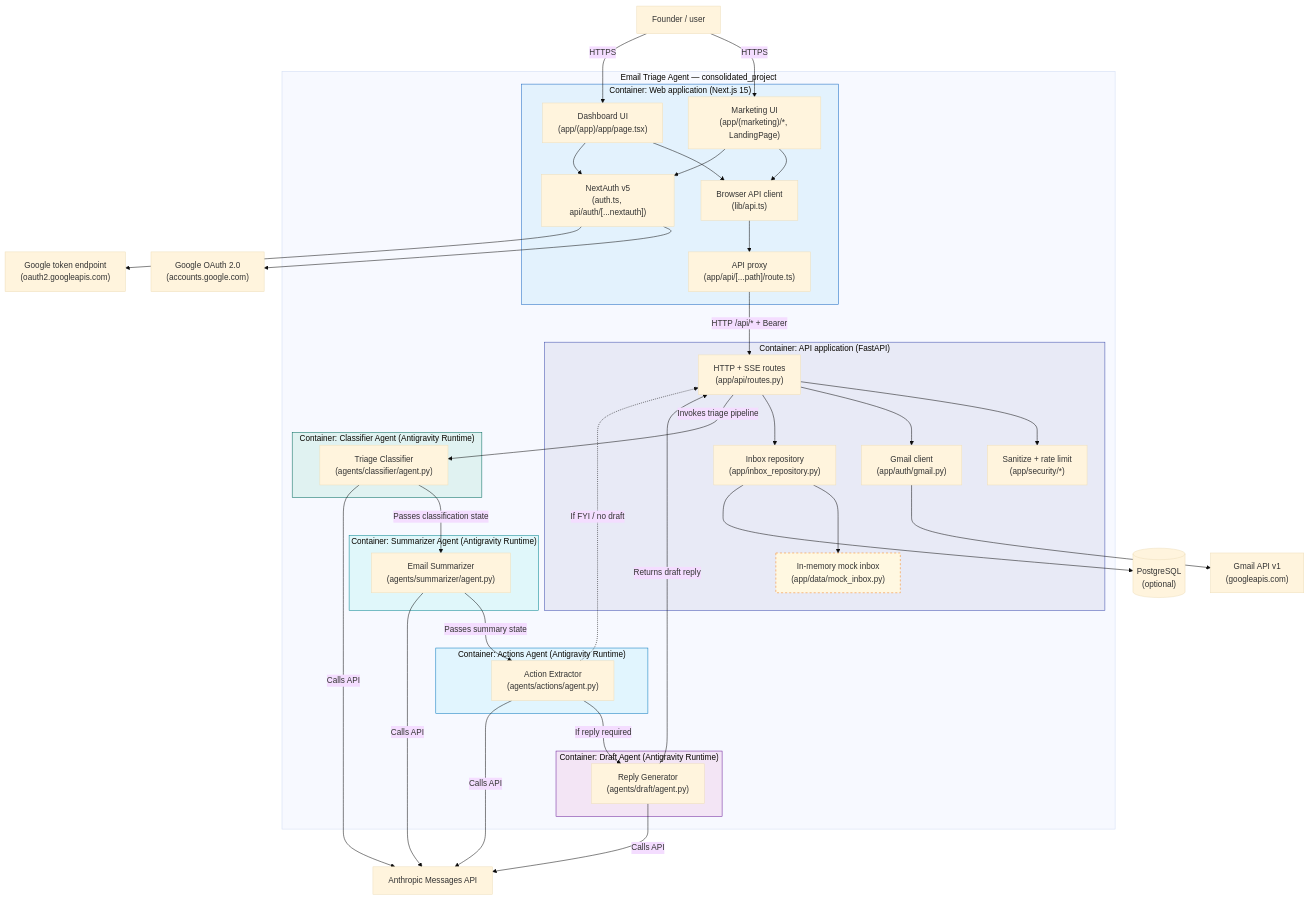
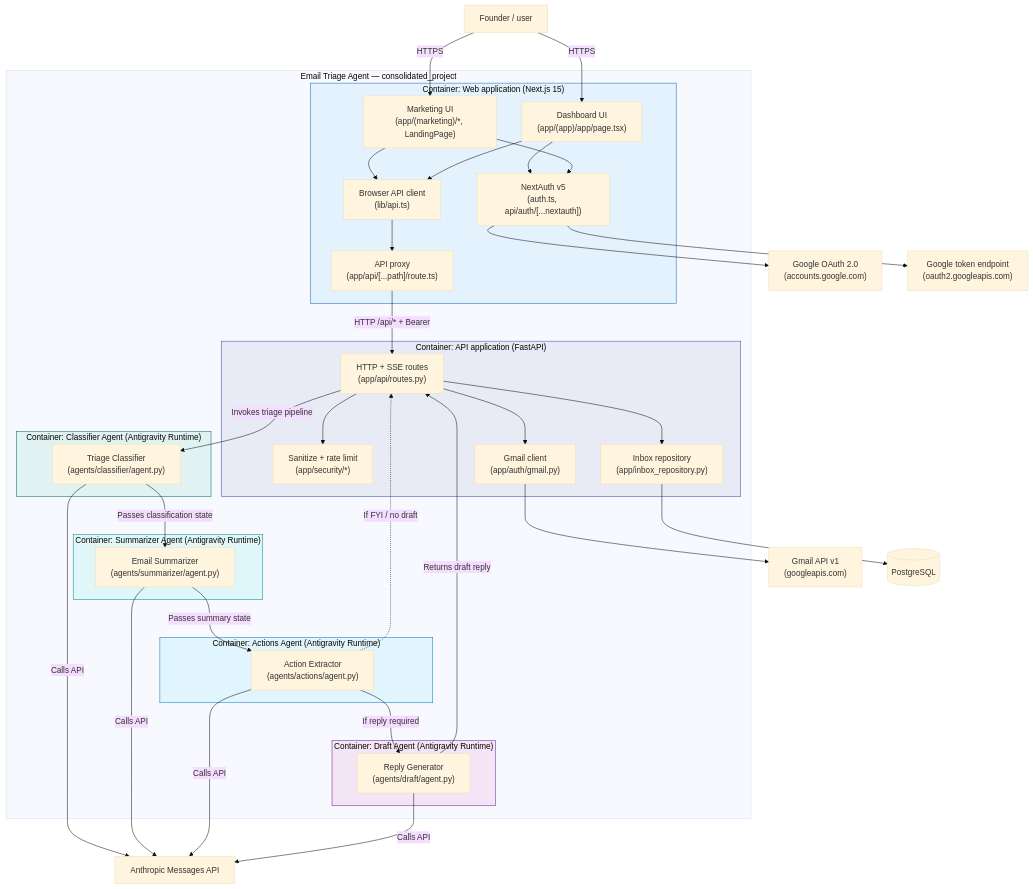
Before and after one commit to CSEN-SCU/csen-174-s26-team-project-email-triage-agent: the second of 2 diagrams in docs/architecture-retrospective.md, drawn with Mermaid (base theme).

Commit message:
fix architecture diagram

````diff
--- a/docs/architecture-retrospective.md
+++ b/docs/architecture-retrospective.md
@@ -55,81 +55,78 @@
 ```mermaid
 flowchart TB
   founder["Founder / user"]
 
   subgraph boundary["Email Triage Agent — consolidated_project"]
     subgraph web["Container: Web application (Next.js 15)"]
       marketing["Marketing UI\n(app/(marketing)/*, LandingPage)"]
       dashboard["Dashboard UI\n(app/(app)/app/page.tsx)"]
       nextauth["NextAuth v5\n(auth.ts, api/auth/[...nextauth])"]
       proxy["API proxy\n(app/api/[...path]/route.ts)"]
       apiclient["Browser API client\n(lib/api.ts)"]
       marketing --> apiclient
       dashboard --> apiclient
       dashboard --> nextauth
       marketing --> nextauth
       apiclient --> proxy
     end
 
     subgraph api["Container: API application (FastAPI)"]
       routes["HTTP + SSE routes\n(app/api/routes.py)"]
       security["Sanitize + rate limit\n(app/security/*)"]
       gmailmod["Gmail client\n(app/auth/gmail.py)"]
       inbox["Inbox repository\n(app/inbox_repository.py)"]
-      mock["In-memory mock inbox\n(app/data/mock_inbox.py)"]
       routes --> security
       routes --> gmailmod
       routes --> inbox
-      inbox --> mock
     end
 
     subgraph agent_classifier["Container: Classifier Agent (Antigravity Runtime)"]
       classifier["Triage Classifier\n(agents/classifier/agent.py)"]
     end
 
     subgraph agent_summarizer["Container: Summarizer Agent (Antigravity Runtime)"]
       summarizer["Email Summarizer\n(agents/summarizer/agent.py)"]
     end
 
     subgraph agent_actions["Container: Actions Agent (Antigravity Runtime)"]
       actions["Action Extractor\n(agents/actions/agent.py)"]
     end
 
     subgraph agent_draft["Container: Draft Agent (Antigravity Runtime)"]
       draft["Reply Generator\n(agents/draft/agent.py)"]
     end
   end
 
   google_oauth["Google OAuth 2.0\n(accounts.google.com)"]
   google_token["Google token endpoint\n(oauth2.googleapis.com)"]
   gmail_api["Gmail API v1\n(googleapis.com)"]
   anthropic_api["Anthropic Messages API"]
-  pg[("PostgreSQL\n(optional)")]
+  pg[("PostgreSQL")]
 
   founder -->|"HTTPS"| marketing
   founder -->|"HTTPS"| dashboard
   nextauth --> google_oauth
   nextauth --> google_token
   proxy -->|"HTTP /api/* + Bearer"| routes
   gmailmod --> gmail_api
   inbox --> pg
 
   routes -->|"Invokes triage pipeline"| classifier
   classifier -->|"Passes classification state"| summarizer
   summarizer -->|"Passes summary state"| actions
   actions -->|"If reply required"| draft
   actions -.->|"If FYI / no draft"| routes
   draft -->|"Returns draft reply"| routes
 
   classifier -->|"Calls API"| anthropic_api
   summarizer -->|"Calls API"| anthropic_api
   actions -->|"Calls API"| anthropic_api
   draft -->|"Calls API"| anthropic_api
 
   style web fill:#e3f2fd,stroke:#1565c0
   style api fill:#e8eaf6,stroke:#3949ab
-  style mock fill:#fff8e1,stroke:#f57f17,stroke-dasharray:4 4
   style agent_classifier fill:#e0f2f1,stroke:#00695c
   style agent_summarizer fill:#e0f7fa,stroke:#00838f
   style agent_actions fill:#e1f5fe,stroke:#0277bd
   style agent_draft fill:#f3e5f5,stroke:#6a1b9a
 ```
````
